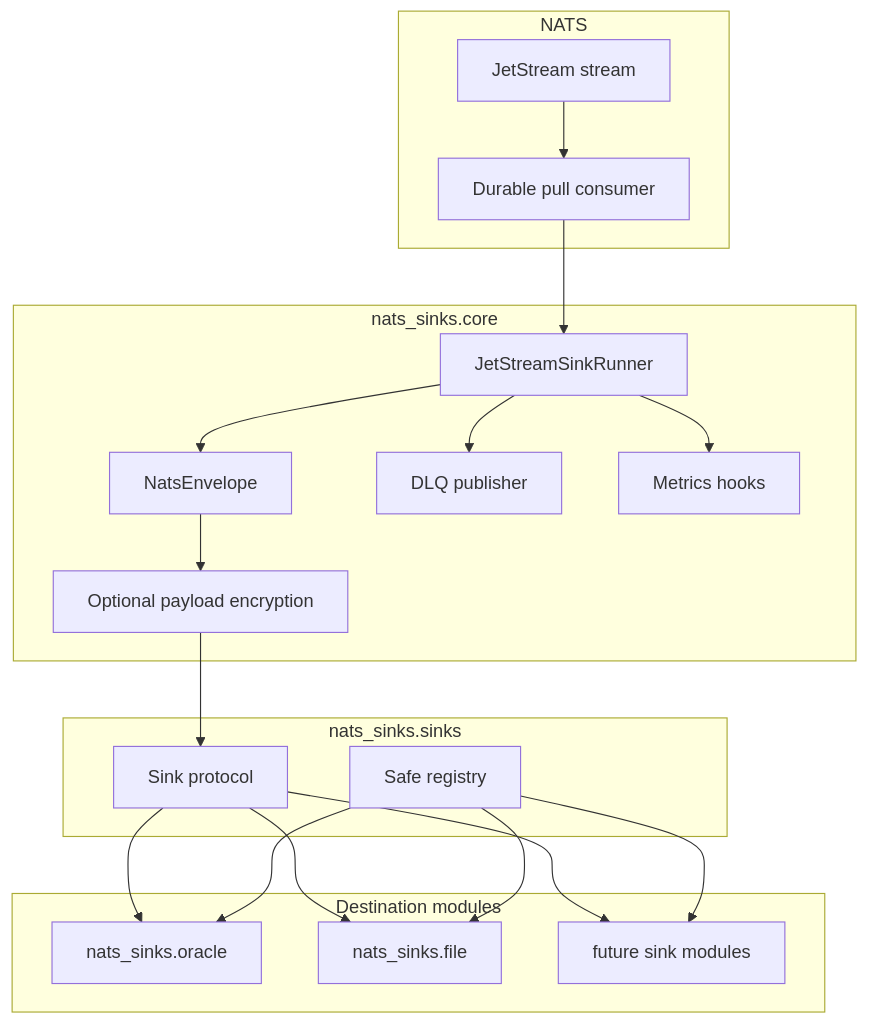
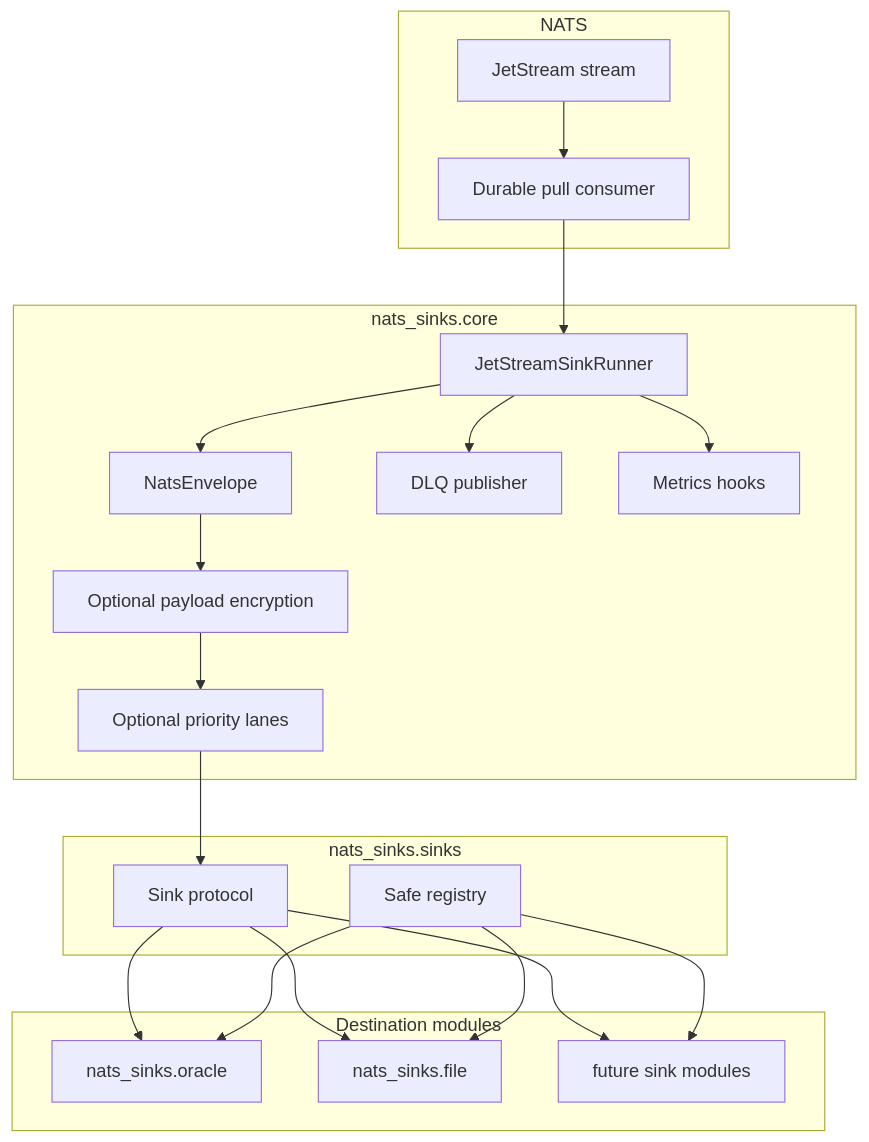
One commit to ProjectCuillin/nats-sinks changed the diagram in docs/architecture.md. Above: the diagram before and after it, drawn with Mermaid. The commit also changed other lines of this file and 345 other files, not shown here.

````diff
--- a/docs/architecture.md
+++ b/docs/architecture.md
@@ -28,37 +28,38 @@
 ```mermaid
 flowchart TB
     subgraph NATS
         Stream[JetStream stream]
         Consumer[Durable pull consumer]
     end
 
     subgraph Core[nats_sinks.core]
         Runner[JetStreamSinkRunner]
         Envelope[NatsEnvelope]
         Encrypt[Optional payload encryption]
+        Priority[Optional priority lanes]
         DLQ[DLQ publisher]
         Metrics[Metrics hooks]
     end
 
     subgraph Sinks[nats_sinks.sinks]
         Protocol[Sink protocol]
         Registry[Safe registry]
     end
 
     subgraph Destinations[Destination modules]
         Oracle[nats_sinks.oracle]
         File[nats_sinks.file]
         Future[future sink modules]
     end
 
     Stream --> Consumer --> Runner
-    Runner --> Envelope --> Encrypt --> Protocol
+    Runner --> Envelope --> Encrypt --> Priority --> Protocol
     Protocol --> Oracle
     Protocol --> File
     Protocol --> Future
     Runner --> DLQ
     Runner --> Metrics
     Registry --> Oracle
     Registry --> File
     Registry --> Future
 ```
````
